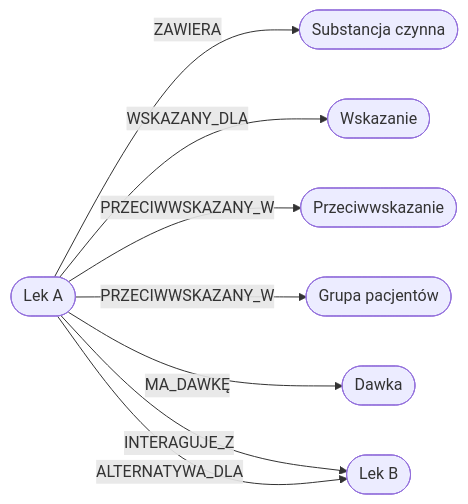
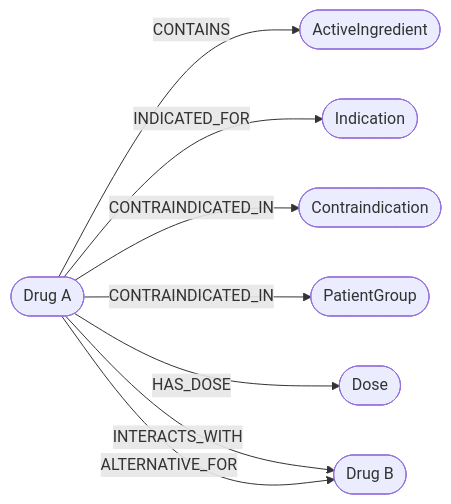
One commit to KrzysztofKroczynski/MedAi changed the third of 4 diagrams in PDD.md. Above: the diagram before and after it, drawn with Mermaid. The commit also changed other lines of this file and 13 other files, not shown here.

````diff
--- a/PDD.md
+++ b/PDD.md
@@ -73,18 +84,18 @@
 ```mermaid
 graph LR
-    DA(["Lek A"])
-    DB(["Lek B"])
-    S(["Substancja czynna"])
-    W(["Wskazanie"])
-    P(["Przeciwwskazanie"])
-    D(["Dawka"])
-    G(["Grupa pacjentów"])
+    DA(["Drug A"])
+    DB(["Drug B"])
+    S(["ActiveIngredient"])
+    W(["Indication"])
+    P(["Contraindication"])
+    D(["Dose"])
+    G(["PatientGroup"])
 
-    DA -->|ZAWIERA| S
-    DA -->|WSKAZANY_DLA| W
-    DA -->|PRZECIWWSKAZANY_W| P
-    DA -->|PRZECIWWSKAZANY_W| G
-    DA -->|MA_DAWKĘ| D
-    DA -->|INTERAGUJE_Z| DB
-    DA -->|ALTERNATYWA_DLA| DB
+    DA -->|CONTAINS| S
+    DA -->|INDICATED_FOR| W
+    DA -->|CONTRAINDICATED_IN| P
+    DA -->|CONTRAINDICATED_IN| G
+    DA -->|HAS_DOSE| D
+    DA -->|INTERACTS_WITH| DB
+    DA -->|ALTERNATIVE_FOR| DB
 ```
````
